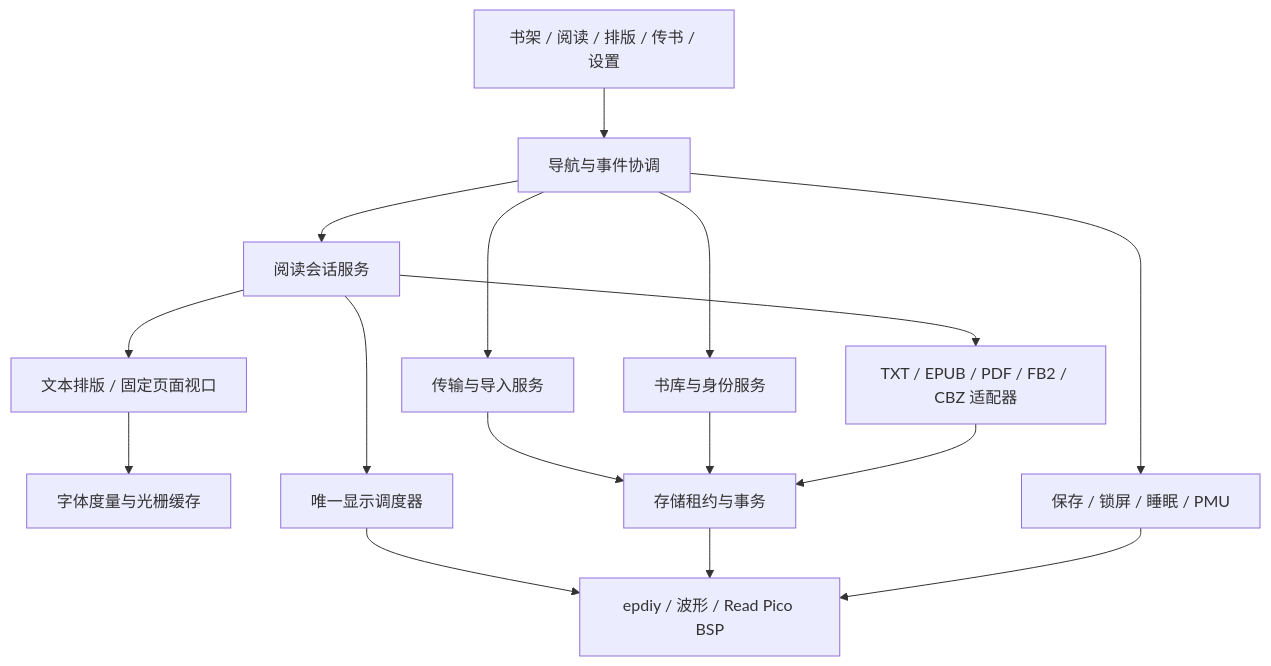
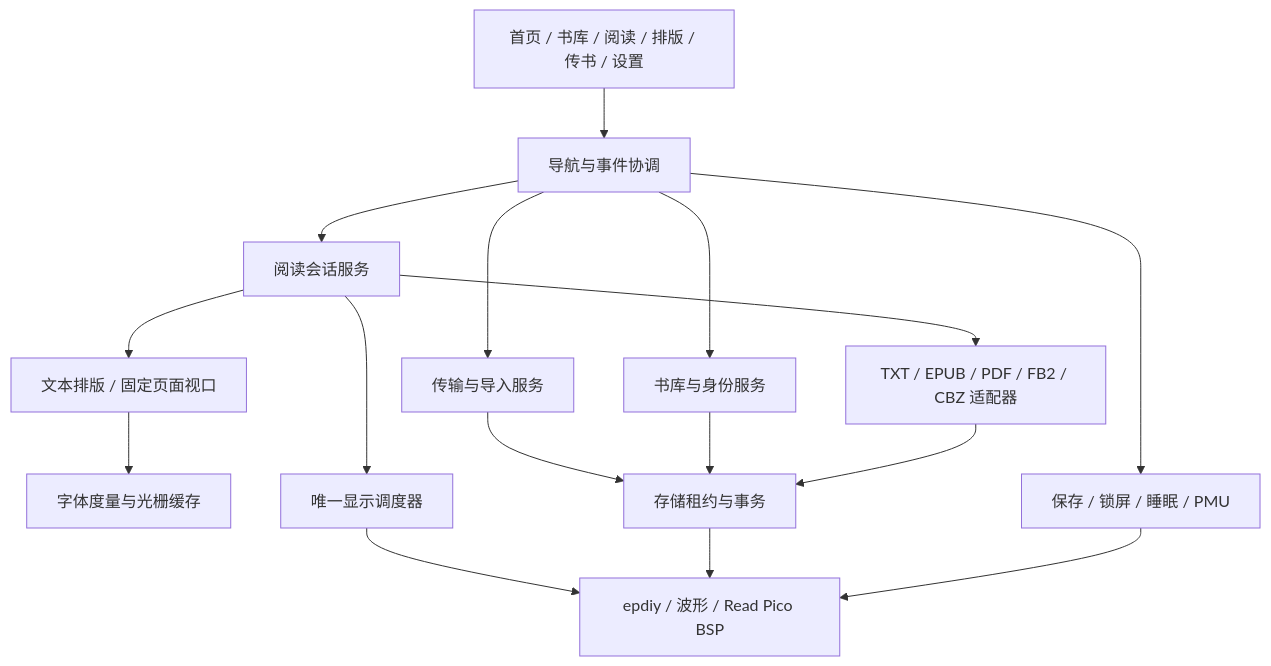
One commit to windssea/pico_nano changed the diagram in docs/ARCHITECTURE.md. Above: the diagram before and after it, drawn with Mermaid. The commit also changed other lines of this file and 147 other files, not shown here.

````diff
--- a/docs/ARCHITECTURE.md
+++ b/docs/ARCHITECTURE.md
@@ -7,18 +7,18 @@
 ```mermaid
 flowchart TD
-    UI[书架 / 阅读 / 排版 / 传书 / 设置] --> Router[导航与事件协调]
+    UI[首页 / 书库 / 阅读 / 排版 / 传书 / 设置] --> Router[导航与事件协调]
     Router --> Reader[阅读会话服务]
     Router --> Library[书库与身份服务]
     Router --> Transfer[传输与导入服务]
     Reader --> Format[TXT / EPUB / PDF / FB2 / CBZ 适配器]
     Reader --> Layout[文本排版 / 固定页面视口]
     Layout --> Font[字体度量与光栅缓存]
     Reader --> Display[唯一显示调度器]
     Transfer --> Storage[存储租约与事务]
     Library --> Storage
     Format --> Storage
     Display --> BSP[epdiy / 波形 / Read Pico BSP]
     Storage --> BSP
     Router --> Power[保存 / 锁屏 / 睡眠 / PMU]
     Power --> BSP
 ```
````
